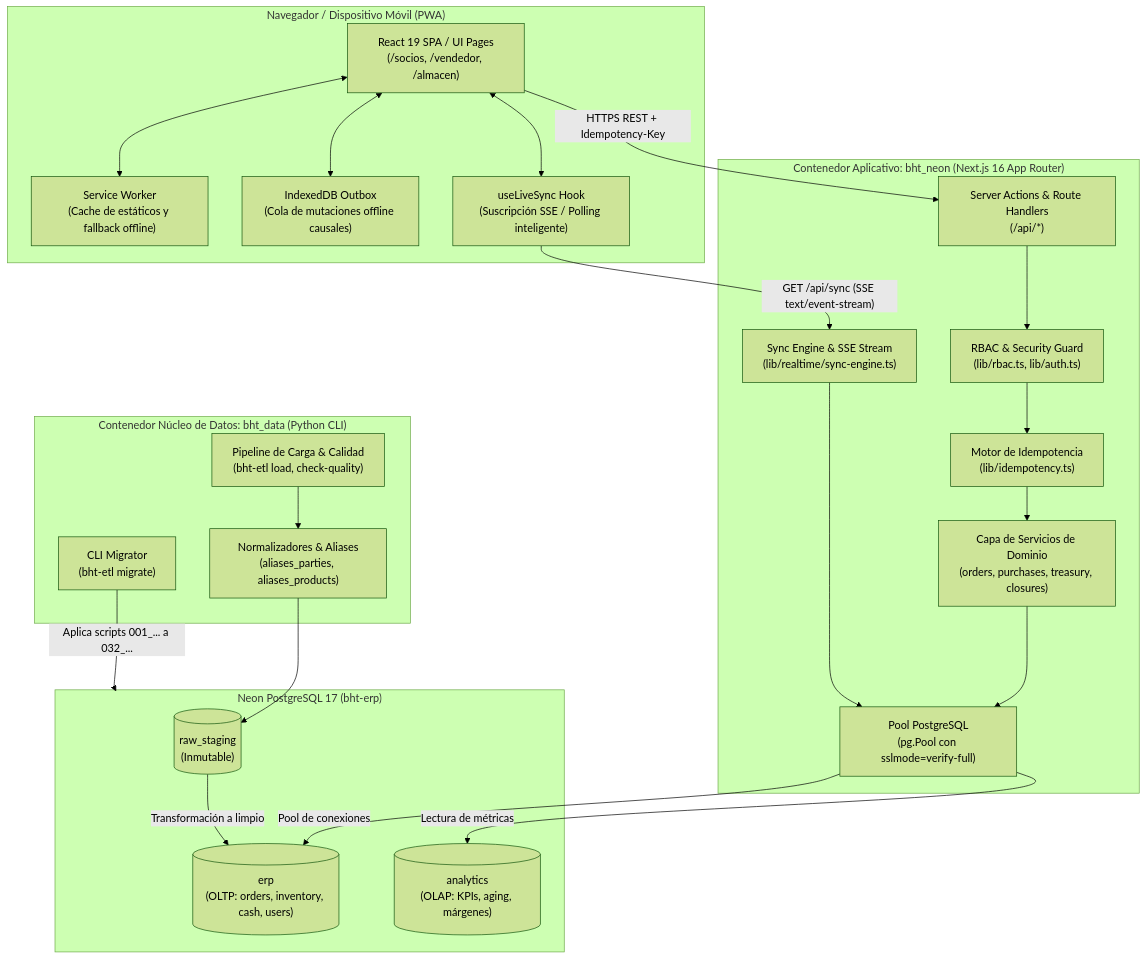
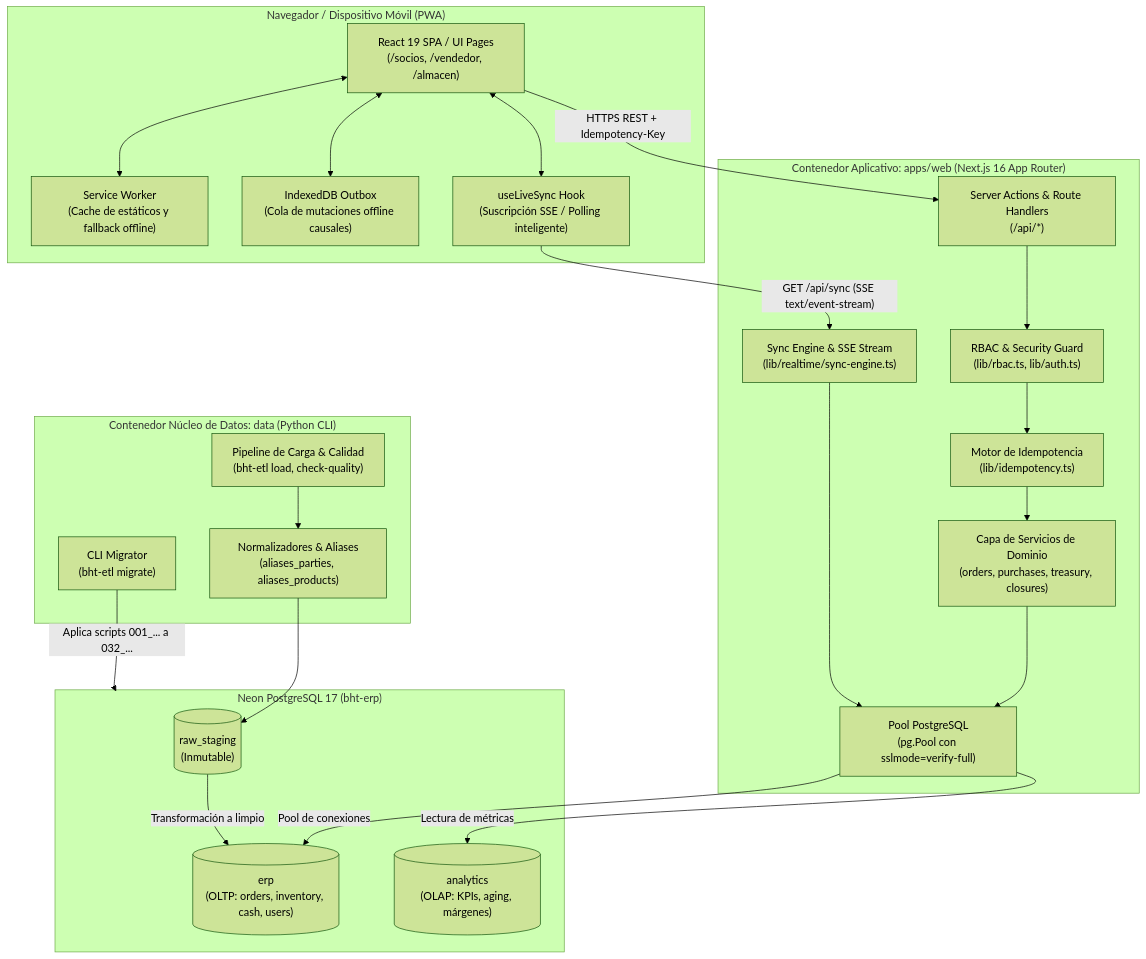
One commit to rkrivero/bht-erp changed the second of 6 diagrams in docs/ARCHITECTURE.md. Above: the diagram before and after it, drawn with Mermaid (forest theme). The commit also changed other lines of this file and 12 other files, not shown here.

Commit message:
chore: fix web formatting, data CI contracts, gitignore, and monorepo docs

````diff
--- a/docs/ARCHITECTURE.md
+++ b/docs/ARCHITECTURE.md
@@ -85,51 +85,51 @@
 ```mermaid
 flowchart TB
     subgraph Cliente["Navegador / Dispositivo Móvil (PWA)"]
         UI["React 19 SPA / UI Pages<br/>(/socios, /vendedor, /almacen)"]
         SW["Service Worker<br/>(Cache de estáticos y fallback offline)"]
         Outbox["IndexedDB Outbox<br/>(Cola de mutaciones offline causales)"]
         LiveSyncHook["useLiveSync Hook<br/>(Suscripción SSE / Polling inteligente)"]
     end
 
-    subgraph BHT_Neon["Contenedor Aplicativo: bht_neon (Next.js 16 App Router)"]
+    subgraph BHT_Neon["Contenedor Aplicativo: apps/web (Next.js 16 App Router)"]
         Routes["Server Actions & Route Handlers<br/>(/api/*)"]
         RBAC["RBAC & Security Guard<br/>(lib/rbac.ts, lib/auth.ts)"]
         Idempotency["Motor de Idempotencia<br/>(lib/idempotency.ts)"]
         Services["Capa de Servicios de Dominio<br/>(orders, purchases, treasury, closures)"]
         SyncEngine["Sync Engine & SSE Stream<br/>(lib/realtime/sync-engine.ts)"]
         PgPool["Pool PostgreSQL<br/>(pg.Pool con sslmode=verify-full)"]
     end
 
-    subgraph BHT_Data["Contenedor Núcleo de Datos: bht_data (Python CLI)"]
+    subgraph BHT_Data["Contenedor Núcleo de Datos: data (Python CLI)"]
         Migrator["CLI Migrator<br/>(bht-etl migrate)"]
         Loader["Pipeline de Carga & Calidad<br/>(bht-etl load, check-quality)"]
         Normalizer["Normalizadores & Aliases<br/>(aliases_parties, aliases_products)"]
     end
 
     subgraph Storage["Neon PostgreSQL 17 (bht-erp)"]
         schema_raw[("raw_staging<br/>(Inmutable)")]
         schema_erp[("erp<br/>(OLTP: orders, inventory, cash, users)")]
         schema_analytics[("analytics<br/>(OLAP: KPIs, aging, márgenes)")]
     end
 
     UI <--> Outbox
     UI <--> SW
     UI <--> LiveSyncHook
 
     UI -->|"HTTPS REST + Idempotency-Key"| Routes
     LiveSyncHook -->|"GET /api/sync (SSE text/event-stream)"| SyncEngine
 
     Routes --> RBAC
     RBAC --> Idempotency
     Idempotency --> Services
     Services --> PgPool
     SyncEngine --> PgPool
 
     PgPool -->|"Pool de conexiones"| schema_erp
     PgPool -->|"Lectura de métricas"| schema_analytics
 
     Migrator -->|"Aplica scripts 001_... a 032_..."| Storage
     Loader --> Normalizer
     Normalizer --> schema_raw
     schema_raw -->|"Transformación a limpio"| schema_erp
 ```
````
